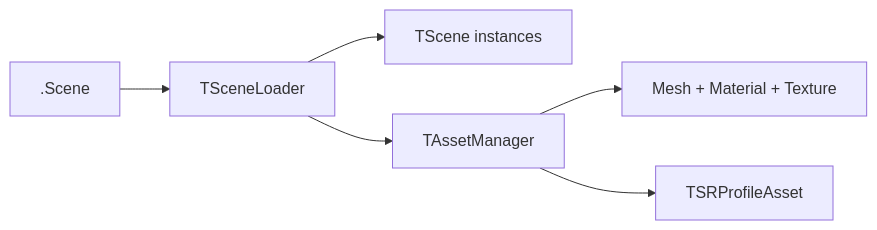
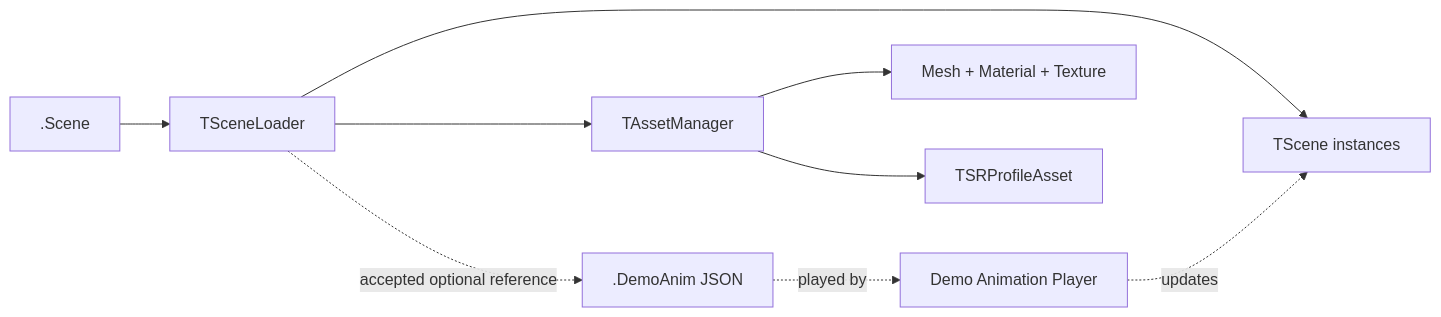
Before and after one commit to Yonaim/Material-Dependent-Surface-State-Engine: the fifth of 7 diagrams in Docs/MDSSP-Vault/04_Architecture/0001_Engine-Structure.md, drawn with Mermaid. The commit also changed other lines of this file and 24 other files, not shown here.

Commit message:
feat(scene): add scene referenced demo animations

````diff
--- a/Docs/MDSSP-Vault/04_Architecture/0001_Engine-Structure.md
+++ b/Docs/MDSSP-Vault/04_Architecture/0001_Engine-Structure.md
@@ -92,8 +93,11 @@
 ```mermaid
 flowchart LR
   File[".Scene"] --> Loader[TSceneLoader]
   Loader --> Scene[TScene instances]
+  Loader -. accepted optional reference .-> AnimFile[".DemoAnim JSON"]
+  AnimFile -. played by .-> AnimPlayer[Demo Animation Player]
+  AnimPlayer -. updates .-> Scene
   Loader --> Assets[TAssetManager]
   Assets --> Mesh[Mesh + Material + Texture]
   Assets --> Profile[TSRProfileAsset]
 ```
````
